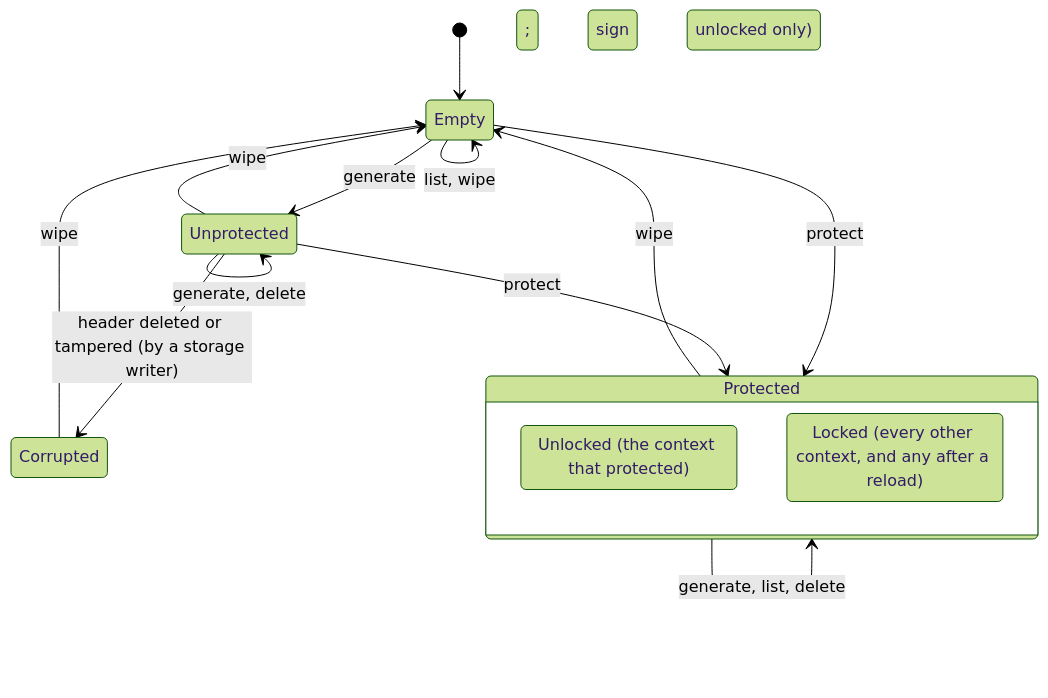
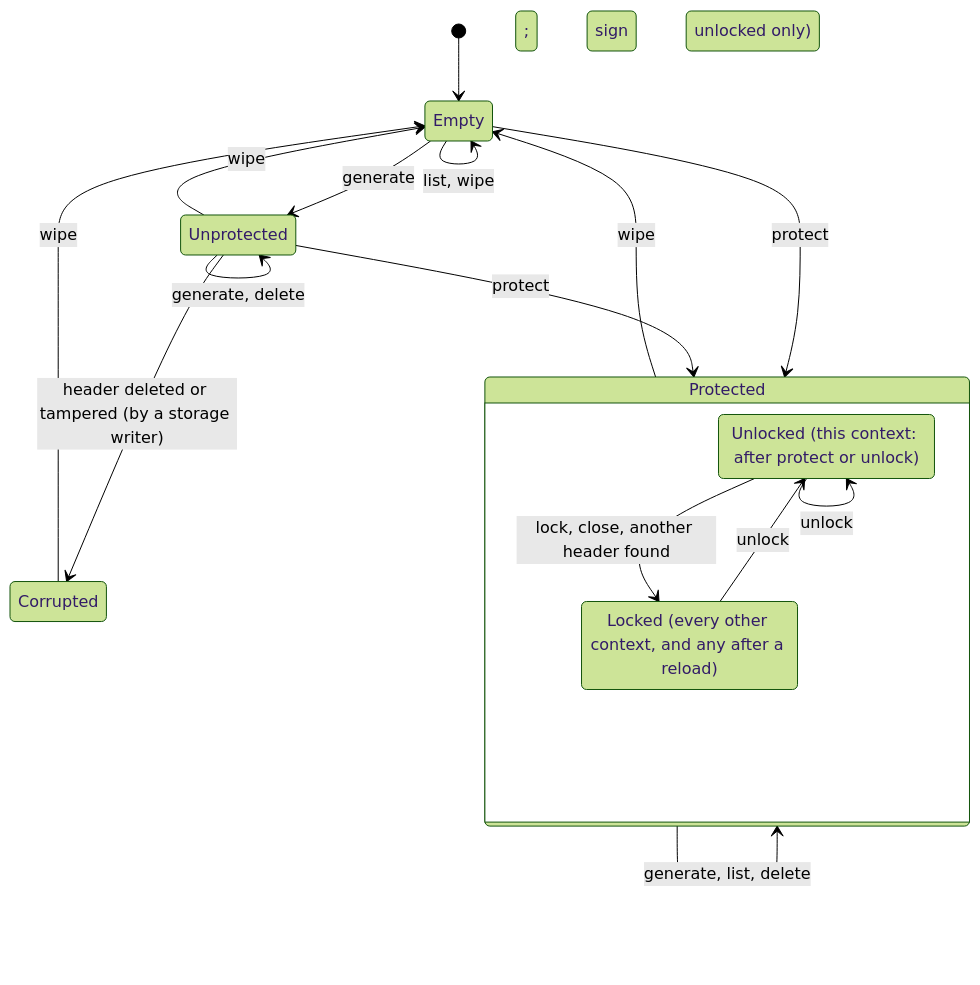
Before and after one commit to yehor-core/vault: the diagram in DESIGN.md, drawn with Mermaid (forest theme). The commit also changed other lines of this file and 10 other files, not shown here.

First line of the commit message:
S6-03: unlock and lock a protected vault

````diff
--- a/DESIGN.md
+++ b/DESIGN.md
@@ -214,18 +218,21 @@
 ```mermaid
 stateDiagram-v2
   [*] --> Empty
   Empty --> Unprotected: generate
   Unprotected --> Unprotected: generate, delete
   Unprotected --> Empty: wipe
   Empty --> Empty: list, wipe
   Unprotected --> Corrupted: header deleted or tampered (by a storage writer)
   Corrupted --> Empty: wipe
   Empty --> Protected: protect
   Unprotected --> Protected: protect
   state Protected {
-    Unlocked: Unlocked (the context that protected)
+    Unlocked: Unlocked (this context: after protect or unlock)
     Locked: Locked (every other context, and any after a reload)
+    Locked --> Unlocked: unlock
+    Unlocked --> Unlocked: unlock
+    Unlocked --> Locked: lock, close, another header found
   }
   Protected --> Protected: generate, list, delete; sign (sealed: unlocked only)
   Protected --> Empty: wipe
 ```
````
